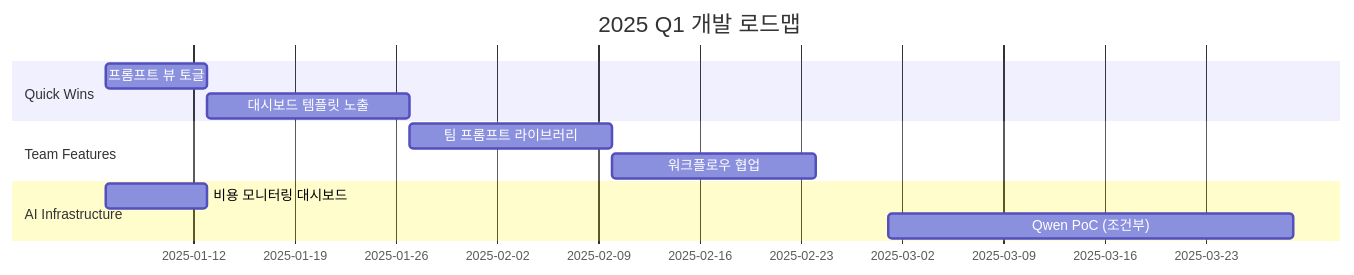
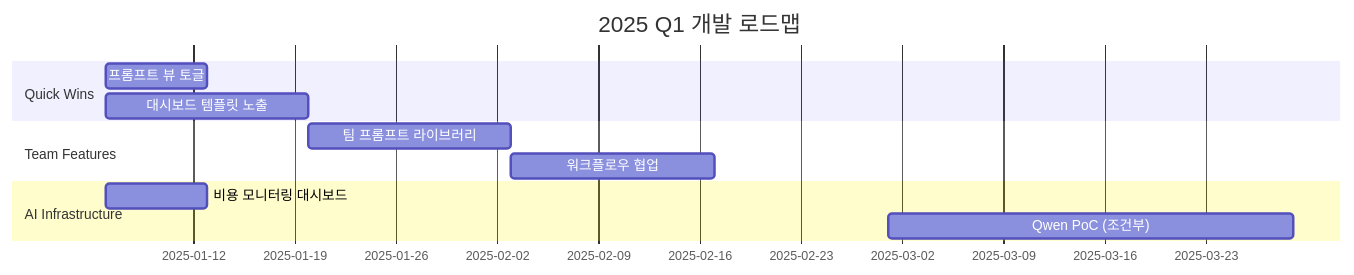
One commit to jinh2kakao/Ainativepromptmanagermvp changed the seventh of 7 diagrams in docs/strategic_feedback_analysis_report.md. Above: the diagram before and after it, drawn with Mermaid. The commit also changed other lines of this file, not shown here.

````diff
--- a/docs/strategic_feedback_analysis_report.md
+++ b/docs/strategic_feedback_analysis_report.md
@@ -624,14 +675,14 @@
 ```mermaid
 gantt
     title 2025 Q1 개발 로드맵
     dateFormat  YYYY-MM-DD
     section Quick Wins
     프롬프트 뷰 토글        :a1, 2025-01-06, 1w
-    대시보드 템플릿 노출     :a2, after a1, 2w
+    대시보드 템플릿 노출     :a2, 2025-01-06, 2w
     section Team Features
     팀 프롬프트 라이브러리   :b1, after a2, 2w
     워크플로우 협업          :b2, after b1, 2w
     section AI Infrastructure
     비용 모니터링 대시보드   :c1, 2025-01-06, 1w
     Qwen PoC (조건부)       :c2, 2025-03-01, 4w
 ```
````
